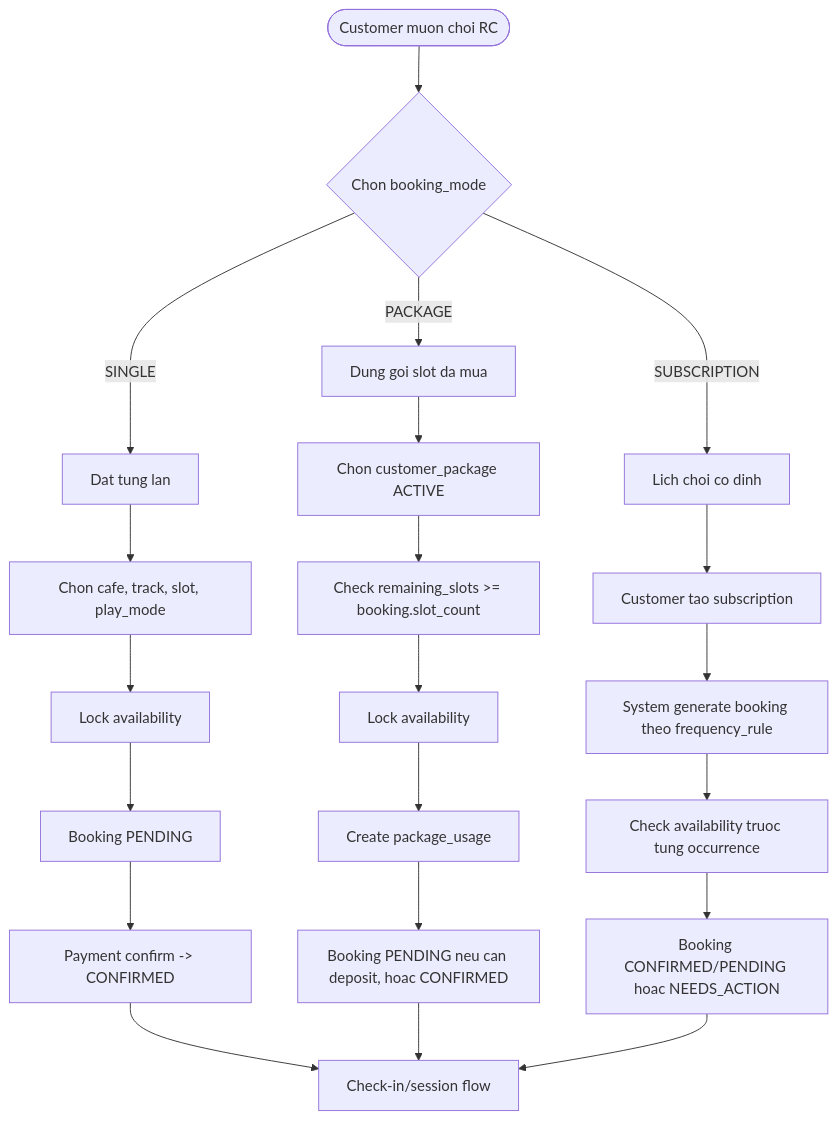
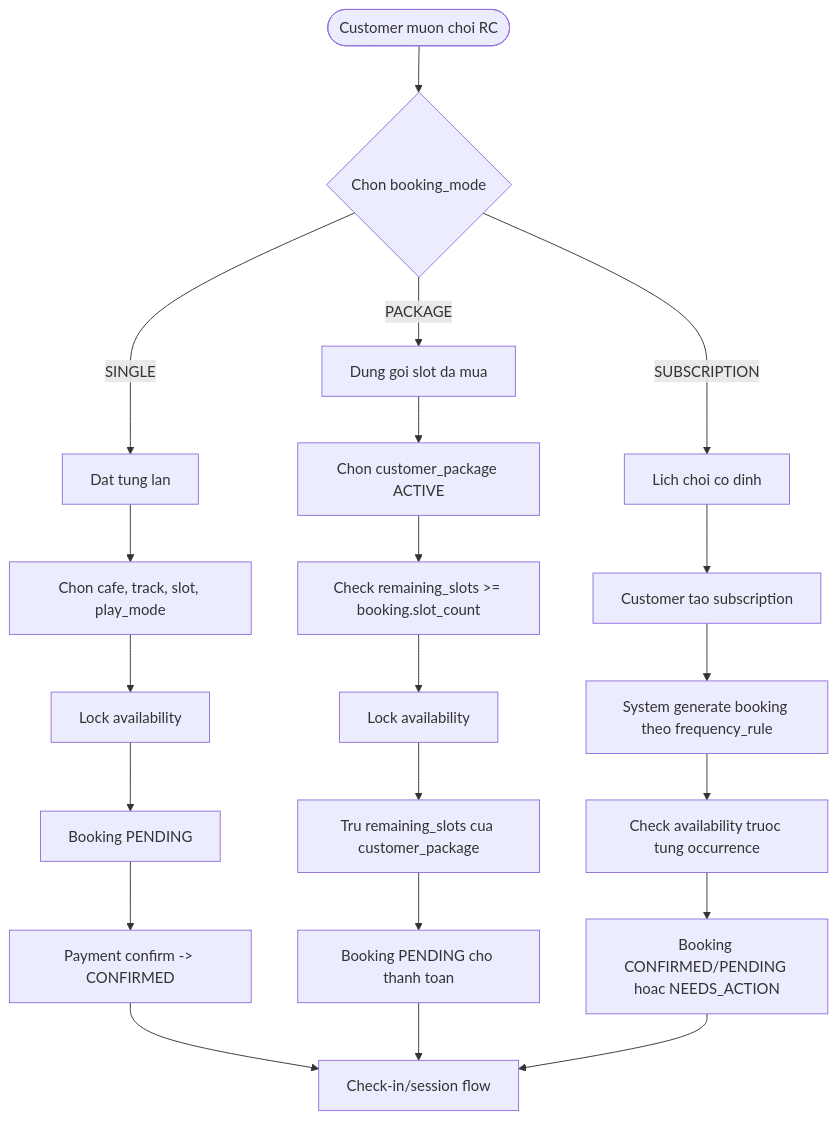
Before and after one commit to RCField-SEP490/rcfield-spec: the first of 9 diagrams in docs/spec/business-rules/BR-booking-lifecycle.md, drawn with Mermaid. The commit also changed other lines of this file and 59 other files, not shown here.

````diff
--- a/docs/spec/business-rules/BR-booking-lifecycle.md
+++ b/docs/spec/business-rules/BR-booking-lifecycle.md
@@ -78,27 +78,27 @@
 ```mermaid
 flowchart TD
     A([Customer muon choi RC]) --> B{Chon booking_mode}
     B -->|SINGLE| C[Dat tung lan]
     B -->|PACKAGE| D[Dung goi slot da mua]
     B -->|SUBSCRIPTION| E[Lich choi co dinh]
 
     C --> C1[Chon cafe, track, slot, play_mode]
     C1 --> C2[Lock availability]
     C2 --> C3[Booking PENDING]
     C3 --> C4["Payment confirm -> CONFIRMED"]
 
     D --> D1[Chon customer_package ACTIVE]
     D1 --> D2["Check remaining_slots >= booking.slot_count"]
     D2 --> D3[Lock availability]
-    D3 --> D4[Create package_usage]
-    D4 --> D5[Booking PENDING neu can deposit, hoac CONFIRMED]
+    D3 --> D4[Tru remaining_slots cua customer_package]
+    D4 --> D5[Booking PENDING cho thanh toan]
 
     E --> E1[Customer tao subscription]
     E1 --> E2[System generate booking theo frequency_rule]
     E2 --> E3[Check availability truoc tung occurrence]
     E3 --> E4[Booking CONFIRMED/PENDING hoac NEEDS_ACTION]
 
     C4 --> Z[Check-in/session flow]
     D5 --> Z
     E4 --> Z
 ```
````
